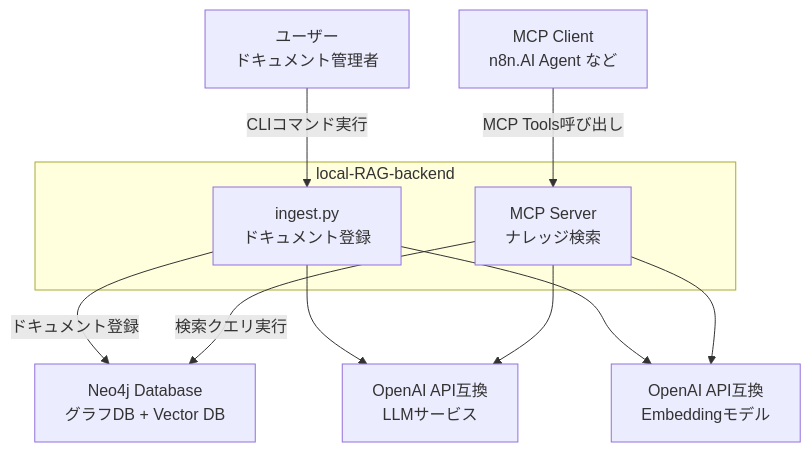
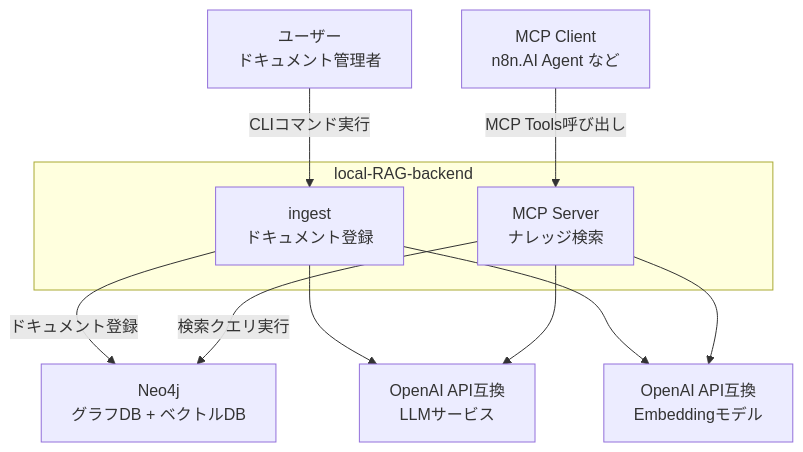
Before and after one commit to suwa-sh/local-RAG-backend: the first of 8 diagrams in DEVELOPER.md, drawn with Mermaid. The commit also changed other lines of this file and 9 other files, not shown here.

````diff
--- a/DEVELOPER.md
+++ b/DEVELOPER.md
@@ -9,23 +9,23 @@
 ```mermaid
 graph TB
     User[ユーザー<br/>ドキュメント管理者]
     AIAgent[MCP Client<br/>n8n.AI Agent など]
 
     subgraph "local-RAG-backend"
-        Ingest[ingest.py<br/>ドキュメント登録]
+        Ingest[ingest<br/>ドキュメント登録]
         MCPServer[MCP Server<br/>ナレッジ検索]
     end
 
-    Neo4j[Neo4j Database<br/>グラフDB + Vector DB]
+    Neo4j[Neo4j<br/>グラフDB + ベクトルDB]
     LLM[OpenAI API互換<br/>LLMサービス]
     Ollama[OpenAI API互換<br/>Embeddingモデル]
 
     User -->|CLIコマンド実行| Ingest
     AIAgent -->|MCP Tools呼び出し| MCPServer
     Ingest -->|ドキュメント登録| Neo4j
     MCPServer -->|検索クエリ実行| Neo4j
     Ingest --> LLM
     Ingest --> Ollama
     MCPServer --> LLM
     MCPServer --> Ollama
 ```
````
